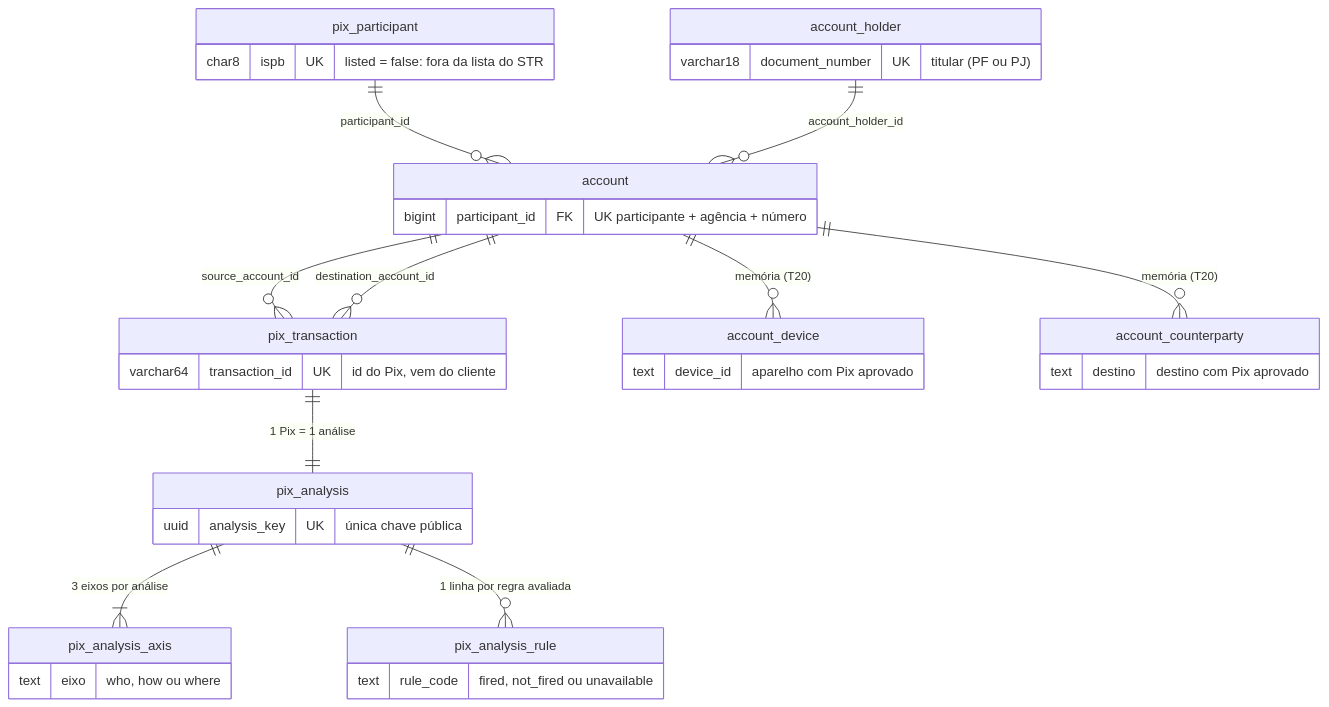
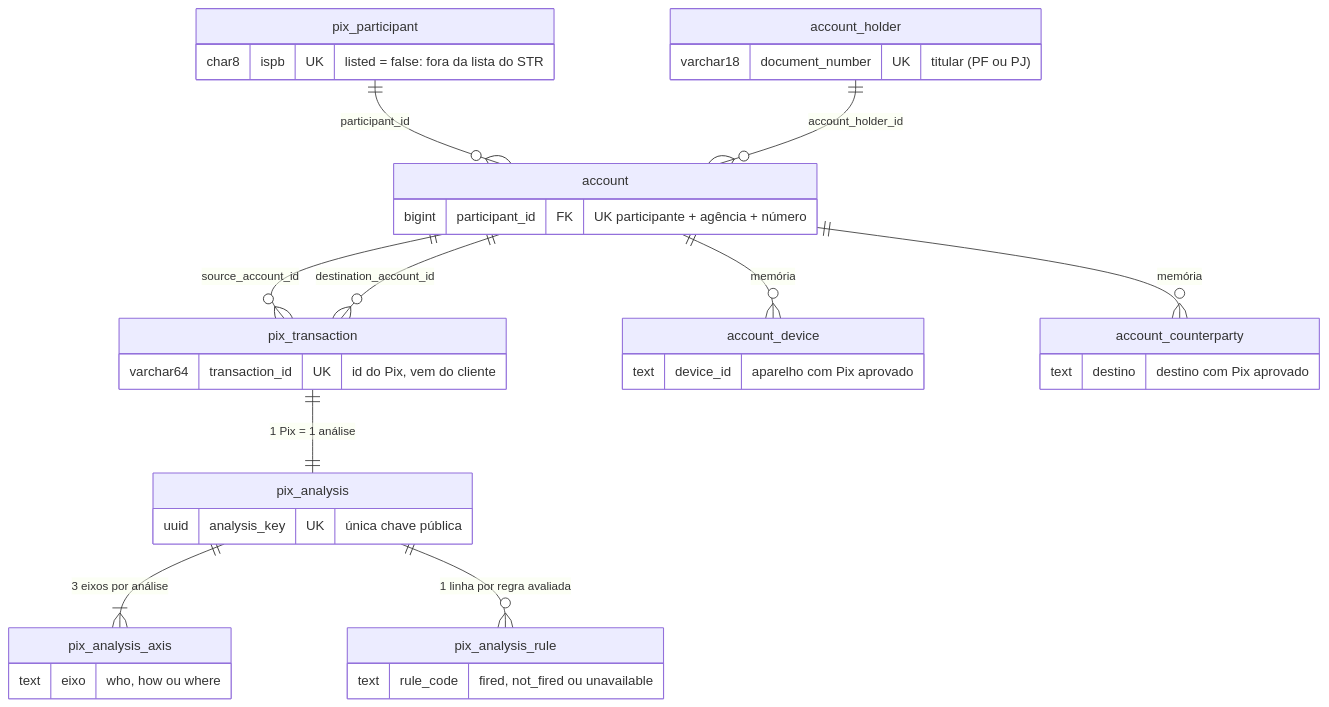
Before and after one commit to oberico/hackaton_qi_tech: the diagram in README.md, drawn with Mermaid. The commit also changed other lines of this file, not shown here.

````diff
--- a/README.md
+++ b/README.md
@@ -545,22 +555,22 @@
 ```mermaid
 erDiagram
     pix_participant ||--o{ account : "participant_id"
     account_holder ||--o{ account : "account_holder_id"
     account ||--o{ pix_transaction : "source_account_id"
     account ||--o{ pix_transaction : "destination_account_id"
     pix_transaction ||--|| pix_analysis : "1 Pix = 1 análise"
     pix_analysis ||--|{ pix_analysis_axis : "3 eixos por análise"
     pix_analysis ||--o{ pix_analysis_rule : "1 linha por regra avaliada"
-    account ||--o{ account_device : "memória (T20)"
-    account ||--o{ account_counterparty : "memória (T20)"
+    account ||--o{ account_device : "memória"
+    account ||--o{ account_counterparty : "memória"
 
     pix_participant { char8 ispb UK "listed = false: fora da lista do STR" }
     account_holder { varchar18 document_number UK "titular (PF ou PJ)" }
     account { bigint participant_id FK "UK participante + agência + número" }
     pix_transaction { varchar64 transaction_id UK "id do Pix, vem do cliente" }
     pix_analysis { uuid analysis_key UK "única chave pública" }
     pix_analysis_axis { text eixo "who, how ou where" }
     pix_analysis_rule { text rule_code "fired, not_fired ou unavailable" }
     account_device { text device_id "aparelho com Pix aprovado" }
     account_counterparty { text destino "destino com Pix aprovado" }
 ```
````
